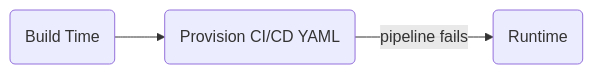
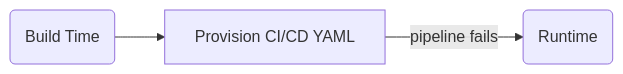
Before and after one commit to SiegeSailor/Website: the diagram in client/public/article/2025-10-01.md, drawn with Mermaid. The commit also changed 12 other files, not shown here.

````diff
--- a/client/public/article/2025-10-01.md
+++ b/client/public/article/2025-10-01.md
@@ -10,5 +10,5 @@
 ```mermaid
 flowchart LR
-  BT(Build Time) --> P(Provision CI/CD YAML)
+  BT(Build Time) --> P[Provision CI/CD YAML]
   P --> |pipeline fails| RT(Runtime)
 ```
````
